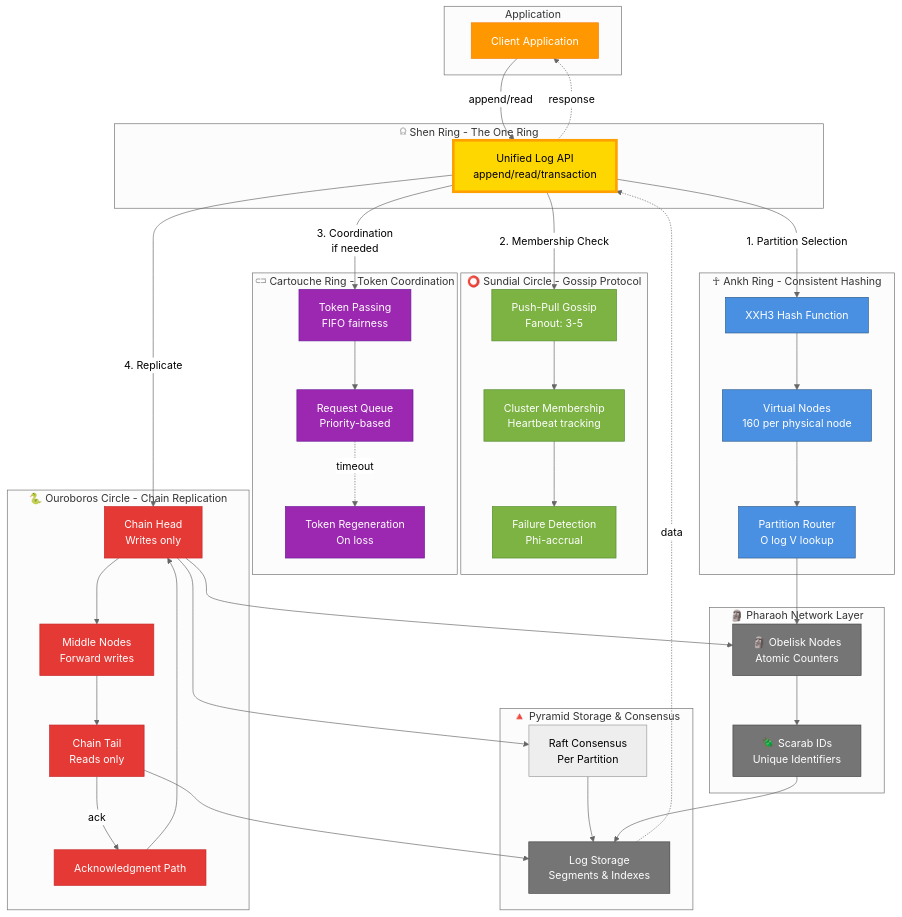
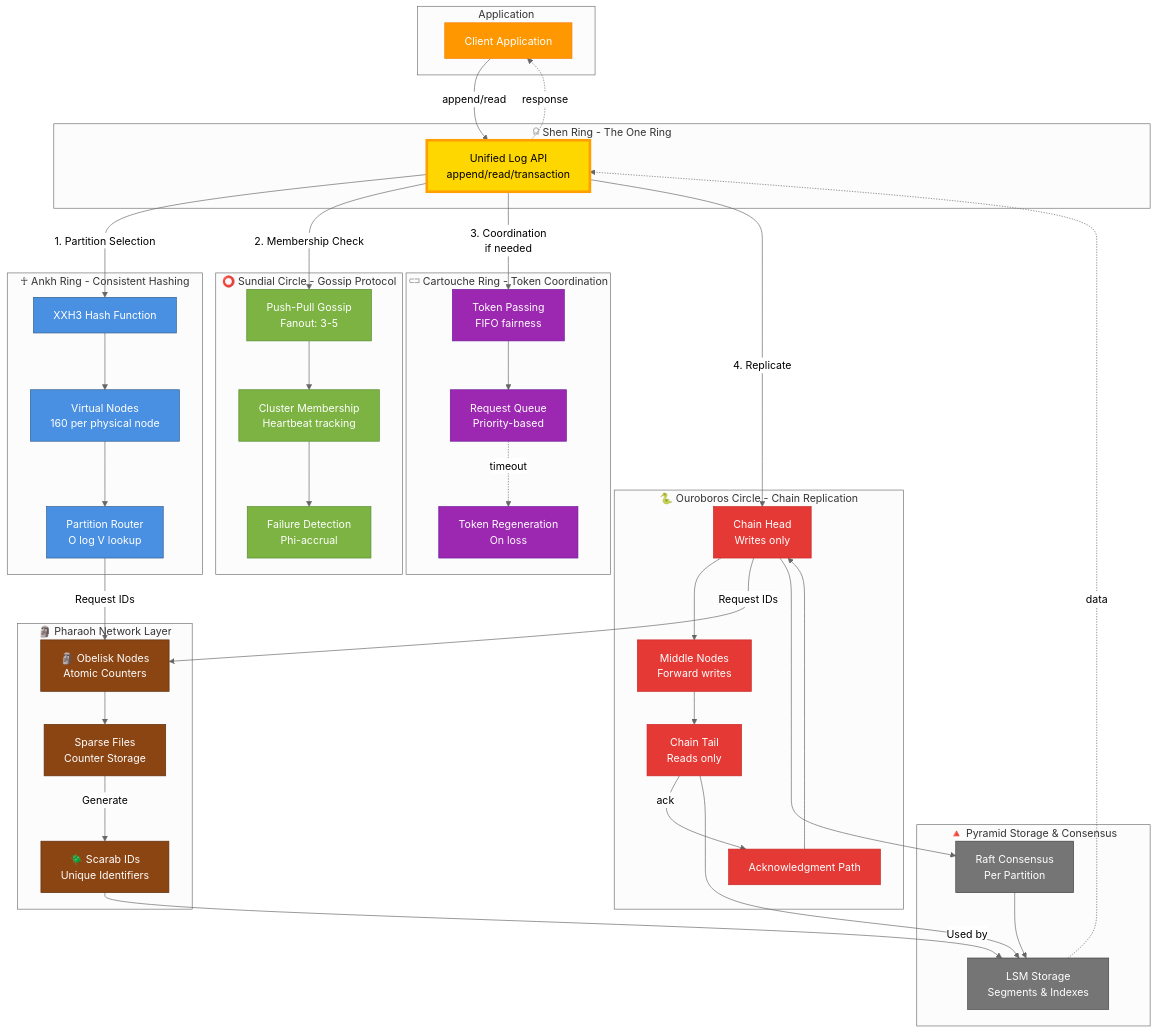
One commit to artbin/dlog changed the diagram in diagrams/shen-ring.mmd. Above: the diagram before and after it, drawn with Mermaid (neutral theme). The commit also changed 1 other file, not shown here.

First paragraph of the commit message:
Fix diagrams: Obelisk nodes have separate storage from Pyramid nodes
Corrected storage architecture in diagrams:

```diff
--- a/diagrams/shen-ring.mmd
+++ b/diagrams/shen-ring.mmd
@@ -1,100 +1,106 @@
 graph TB
     subgraph "Application"
         CLIENT[Client Application]
     end
     
     subgraph "𓍶 Shen Ring - The One Ring"
         SHEN_API[Unified Log API<br/>append/read/transaction]
     end
     
     subgraph "☥ Ankh Ring - Consistent Hashing"
         ANKH_HASH[XXH3 Hash Function]
         ANKH_VNODES[Virtual Nodes<br/>160 per physical node]
         ANKH_ROUTE[Partition Router<br/>O log V lookup]
     end
     
     subgraph "⭕ Sundial Circle - Gossip Protocol"
         SUNDIAL_GOSSIP[Push-Pull Gossip<br/>Fanout: 3-5]
         SUNDIAL_STATE[Cluster Membership<br/>Heartbeat tracking]
         SUNDIAL_DETECT[Failure Detection<br/>Phi-accrual]
     end
     
     subgraph "𓍹𓍺 Cartouche Ring - Token Coordination"
         CARTOUCHE_TOKEN[Token Passing<br/>FIFO fairness]
         CARTOUCHE_QUEUE[Request Queue<br/>Priority-based]
         CARTOUCHE_REGEN[Token Regeneration<br/>On loss]
     end
     
     subgraph "🐍 Ouroboros Circle - Chain Replication"
         OURO_HEAD[Chain Head<br/>Writes only]
         OURO_MIDDLE[Middle Nodes<br/>Forward writes]
         OURO_TAIL[Chain Tail<br/>Reads only]
         OURO_ACK[Acknowledgment Path]
     end
     
     subgraph "🗿 Pharaoh Network Layer"
         OBELISK[🗿 Obelisk Nodes<br/>Atomic Counters]
+        OBELISK_STORAGE[Sparse Files<br/>Counter Storage]
         SCARAB[🪲 Scarab IDs<br/>Unique Identifiers]
     end
     
     subgraph "🔺 Pyramid Storage & Consensus"
         PYRAMID_RAFT[Raft Consensus<br/>Per Partition]
-        STORAGE[Log Storage<br/>Segments & Indexes]
+        PYRAMID_STORAGE[LSM Storage<br/>Segments & Indexes]
     end
     
     %% Client to Shen
     CLIENT -->|append/read| SHEN_API
     
     %% Shen to Ankh Ring
     SHEN_API -->|1. Partition Selection| ANKH_HASH
     ANKH_HASH --> ANKH_VNODES
     ANKH_VNODES --> ANKH_ROUTE
     
     %% Shen to Sundial
     SHEN_API -->|2. Membership Check| SUNDIAL_GOSSIP
     SUNDIAL_GOSSIP --> SUNDIAL_STATE
     SUNDIAL_STATE --> SUNDIAL_DETECT
     
     %% Shen to Cartouche
     SHEN_API -->|3. Coordination<br/>if needed| CARTOUCHE_TOKEN
     CARTOUCHE_TOKEN --> CARTOUCHE_QUEUE
     CARTOUCHE_QUEUE -.->|timeout| CARTOUCHE_REGEN
     
     %% Shen to Ouroboros
     SHEN_API -->|4. Replicate| OURO_HEAD
     OURO_HEAD --> OURO_MIDDLE
     OURO_MIDDLE --> OURO_TAIL
     OURO_TAIL -->|ack| OURO_ACK
     OURO_ACK --> OURO_HEAD
     
     %% Rings to Pharaoh Network (Obelisk)
-    ANKH_ROUTE --> OBELISK
-    OURO_HEAD --> OBELISK
-    OBELISK --> SCARAB
+    ANKH_ROUTE -->|Request IDs| OBELISK
+    OURO_HEAD -->|Request IDs| OBELISK
+    
+    %% Obelisk internals
+    OBELISK --> OBELISK_STORAGE
+    OBELISK_STORAGE -->|Generate| SCARAB
     
     %% Rings to Pyramid Storage & Consensus
     OURO_HEAD --> PYRAMID_RAFT
-    PYRAMID_RAFT --> STORAGE
-    OURO_TAIL --> STORAGE
-    SCARAB --> STORAGE
+    PYRAMID_RAFT --> PYRAMID_STORAGE
+    OURO_TAIL --> PYRAMID_STORAGE
+    SCARAB -->|Used by| PYRAMID_STORAGE
     
     %% Return path
-    STORAGE -.->|data| SHEN_API
+    PYRAMID_STORAGE -.->|data| SHEN_API
     SHEN_API -.->|response| CLIENT
     
     %% Styling
     classDef shen fill:#FFD700,stroke:#FFA000,color:#000,stroke-width:4px
     classDef ankh fill:#4A90E2,stroke:#2E5C8A,color:#fff
     classDef sundial fill:#7CB342,stroke:#558B2F,color:#fff
     classDef cartouche fill:#9C27B0,stroke:#6A1B9A,color:#fff
     classDef ouroboros fill:#E53935,stroke:#C62828,color:#fff
-    classDef storage fill:#757575,stroke:#424242,color:#fff
+    classDef obelisk_storage fill:#8B4513,stroke:#5D2E0C,color:#fff
+    classDef pyramid_storage fill:#757575,stroke:#424242,color:#fff
     classDef client fill:#FF9800,stroke:#F57C00,color:#fff
     
     class SHEN_API shen
     class ANKH_HASH,ANKH_VNODES,ANKH_ROUTE ankh
     class SUNDIAL_GOSSIP,SUNDIAL_STATE,SUNDIAL_DETECT sundial
     class CARTOUCHE_TOKEN,CARTOUCHE_QUEUE,CARTOUCHE_REGEN cartouche
     class OURO_HEAD,OURO_MIDDLE,OURO_TAIL,OURO_ACK ouroboros
-    class OBELISK,SCARAB,STORAGE storage
+    class OBELISK,SCARAB,OBELISK_STORAGE obelisk_storage
+    class PYRAMID_RAFT,PYRAMID_STORAGE pyramid_storage
     class CLIENT client
```
